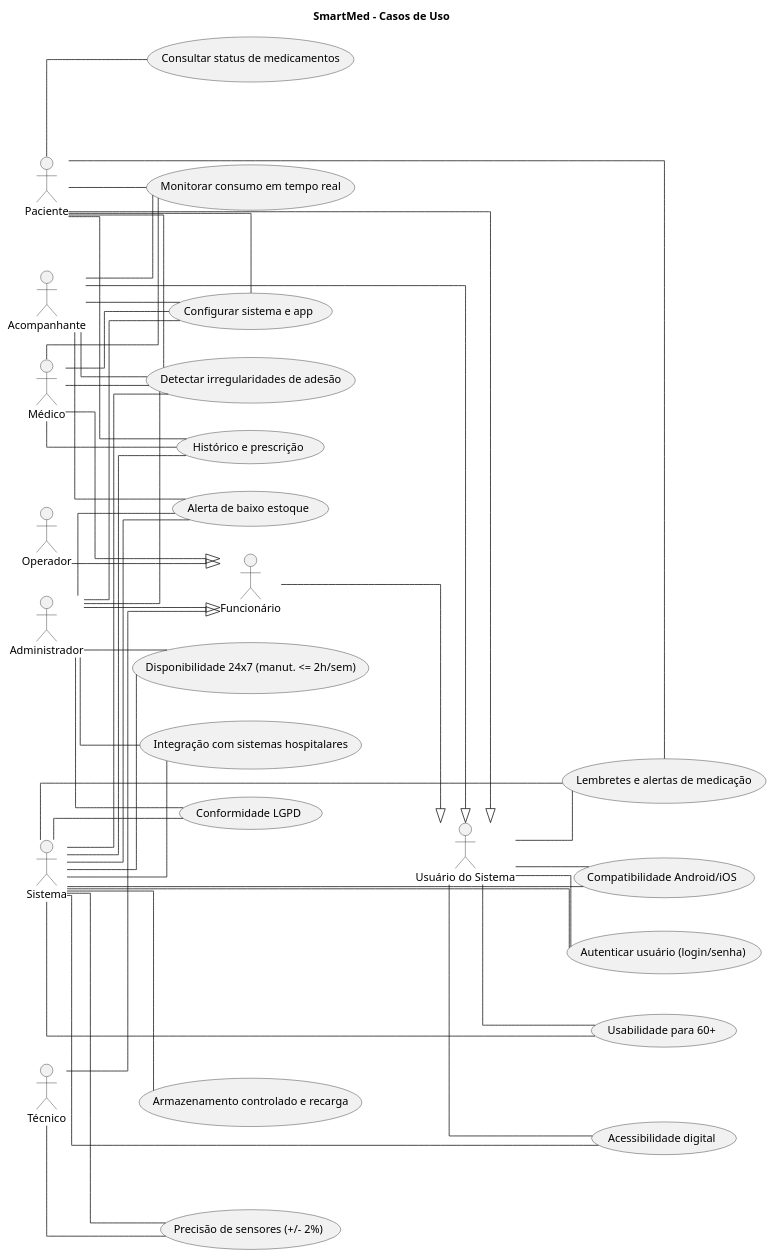
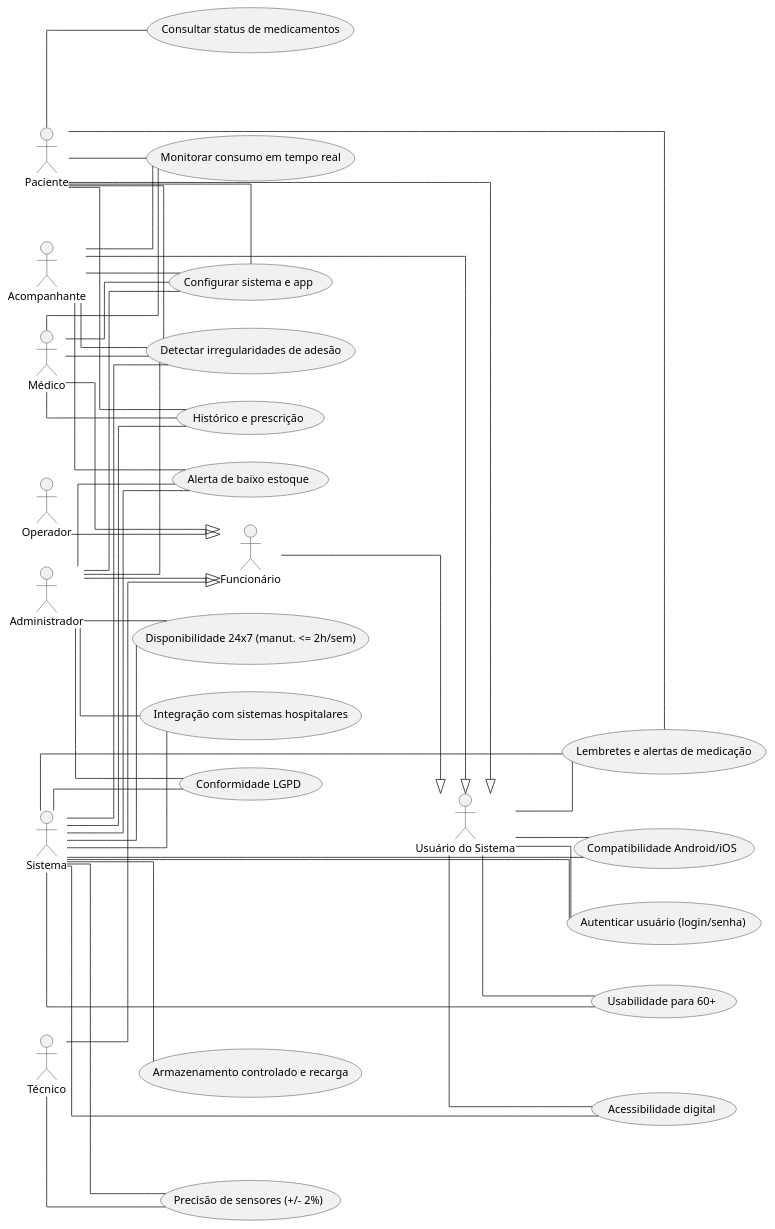
One commit to carloshenriquehannas/TCC changed the diagram in DescricaoAtividadesRealizadas/AvaliacaoDiretrizes/Sistema4-SmartMed/casoUso-SmartMed.puml. Above: the diagram before and after it, drawn with PlantUML. The commit also changed 25 other files, not shown here.

```diff
--- a/DescricaoAtividadesRealizadas/AvaliacaoDiretrizes/Sistema4-SmartMed/casoUso-SmartMed.puml
+++ b/DescricaoAtividadesRealizadas/AvaliacaoDiretrizes/Sistema4-SmartMed/casoUso-SmartMed.puml
@@ -1,131 +1,130 @@
 @startuml casoUso-smartmed
-title SmartMed - Casos de Uso
 
 left to right direction
 skinparam linetype ortho
 
 ' =========================
 ' Atores
 ' =========================
 actor "Usuário do Sistema" as UsuarioDoSistema
 actor "Funcionário" as Funcionario
 actor "Paciente" as Paciente
 actor "Operador" as Operador
 actor "Médico" as Medico
 actor "Técnico" as Tecnico
 actor "Acompanhante" as Acompanhante
 actor "Administrador" as Administrador
 actor "Sistema" as Sistema
 
 ' Heranças (seguindo um hospital real)
 Funcionario --|> UsuarioDoSistema
 Paciente --|> UsuarioDoSistema
 Acompanhante --|> UsuarioDoSistema
 Operador --|> Funcionario
 Medico --|> Funcionario
 Tecnico --|> Funcionario
 Administrador --|> Funcionario
 
 ' =========================
 ' Casos de uso — nomes precisos e condensados
 ' =========================
 ' Notificações/lembretes (consolida UC1, UC4, UC7)
 usecase "Lembretes e alertas de medicação" as UC_Notifs
 
 ' Status e monitoramento
 usecase "Consultar status de medicamentos" as UC_Status        
 usecase "Monitorar consumo em tempo real" as UC_Monitor        
 usecase "Detectar irregularidades de adesão" as UC_Irregs      
 
 ' Armazenamento e reabastecimento (consolida UC3, UC9)
 usecase "Armazenamento controlado e recarga" as UC_Storage
 
 ' Configurações (consolida UC5, UC11)
 usecase "Configurar sistema e app" as UC_Config
 
 ' Baixo estoque / reabastecimento
 usecase "Alerta de baixo estoque" as UC_LowStock               
 ' Histórico e prescrição
 usecase "Histórico e prescrição" as UC_HistoryRx               
 
 ' Requisitos não-funcionais / plataforma
 usecase "Disponibilidade 24x7 (manut. <= 2h/sem)" as UC_Avail  
 usecase "Precisão de sensores (+/- 2%)" as UC_Sensors          
 usecase "Compatibilidade Android/iOS" as UC_Mobile             
 usecase "Autenticar usuário (login/senha)" as UC_Auth          
 usecase "Integração com sistemas hospitalares" as UC_Integr   
 usecase "Usabilidade para 60+" as UC_UXSenior                  
 usecase "Conformidade LGPD" as UC_LGPD                        
 usecase "Acessibilidade digital" as UC_A11y                   
 
 ' =========================
 ' Associações ator–caso de uso
 ' =========================
 ' Lembretes e alertas de medicação
 Sistema -- UC_Notifs
 Paciente -- UC_Notifs
 UsuarioDoSistema -- UC_Notifs
 
 ' Status / monitoramento / irregularidades
 Paciente -- UC_Status
 Medico -- UC_Monitor
 Acompanhante -- UC_Monitor
 Paciente -- UC_Monitor
 Sistema -- UC_Irregs
 Paciente -- UC_Irregs
 Medico -- UC_Irregs
 Acompanhante -- UC_Irregs
 Administrador -- UC_Irregs
 
 ' Armazenamento e recarga
 Sistema -- UC_Storage
 
 ' Configurações
 Administrador -- UC_Config
 Paciente -- UC_Config
 Acompanhante -- UC_Config
 Medico -- UC_Config
 
 ' Baixo estoque
 Sistema -- UC_LowStock
 Administrador -- UC_LowStock
 Acompanhante -- UC_LowStock
 
 ' Histórico e prescrição
 Sistema -- UC_HistoryRx
 Medico -- UC_HistoryRx
 Paciente -- UC_HistoryRx
 
 ' Disponibilidade / manutenção
 Sistema -- UC_Avail
 Administrador -- UC_Avail
 
 ' Sensores
 Sistema -- UC_Sensors
 Tecnico -- UC_Sensors
 
 ' Compatibilidade do app
 Sistema -- UC_Mobile
 UsuarioDoSistema -- UC_Mobile
 
 ' Autenticação
 UsuarioDoSistema -- UC_Auth
 Sistema -- UC_Auth
 
 ' Integrações
 Administrador -- UC_Integr
 Sistema -- UC_Integr
 
 ' UX sênior
 Sistema -- UC_UXSenior
 UsuarioDoSistema -- UC_UXSenior
 
 ' LGPD
 Sistema -- UC_LGPD
 Administrador -- UC_LGPD
 
 ' Acessibilidade
 Sistema -- UC_A11y
 UsuarioDoSistema -- UC_A11y
 
 @enduml
```
